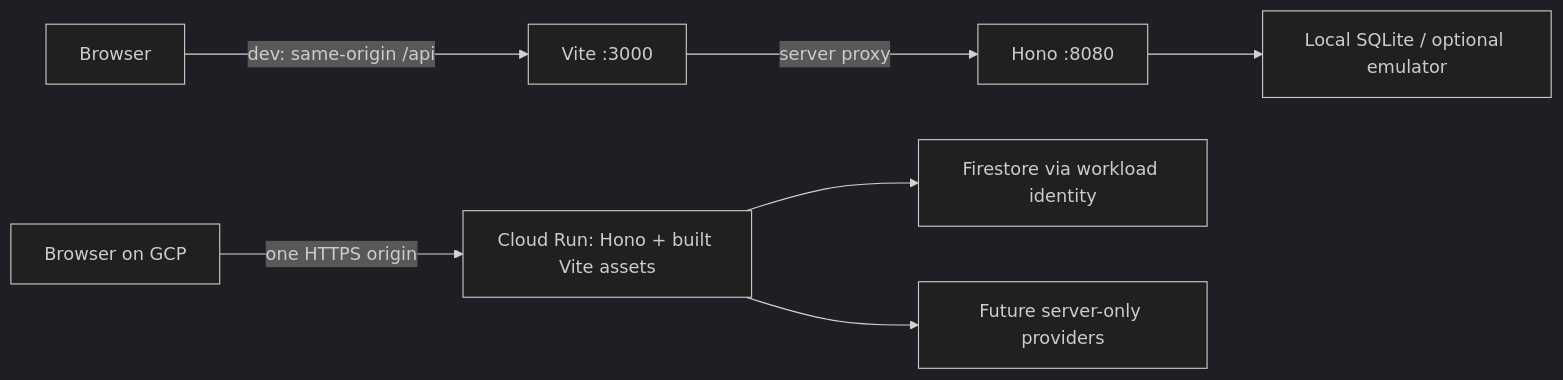
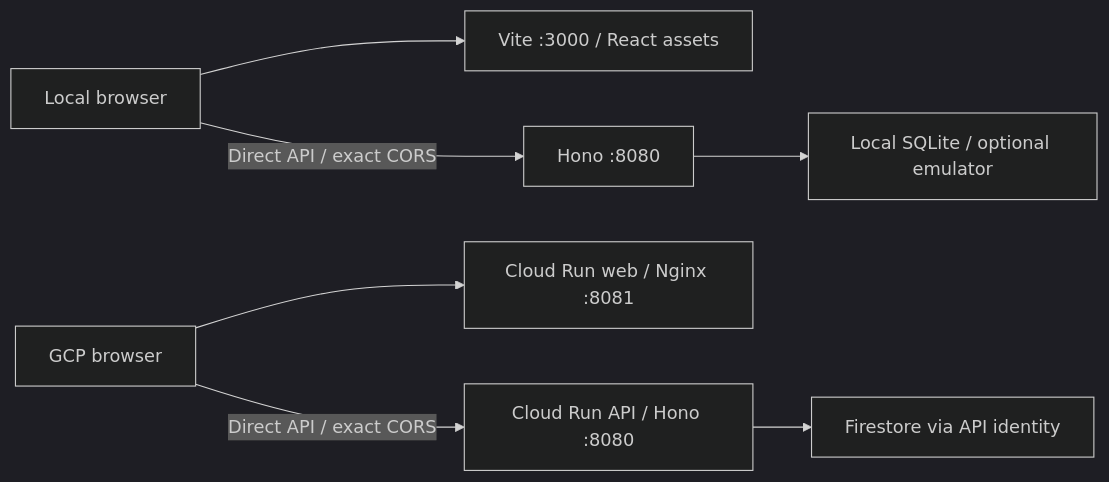
Before and after one commit to adwait-kalsekar/kavach: the first of 2 diagrams in docs/architecture/web-foundation.md, drawn with Mermaid (dark theme). The commit also changed other lines of this file and 47 other files, not shown here.

Commit message:
Separate React hosting and Hono into independent Cloud Run services

````diff
--- a/docs/architecture/web-foundation.md
+++ b/docs/architecture/web-foundation.md
@@ -7,9 +7,9 @@
 ```mermaid
 flowchart LR
-  B[Browser] -->|dev: same-origin /api| V[Vite :3000]
-  V -->|server proxy| H[Hono :8080]
-  B2[Browser on GCP] -->|one HTTPS origin| R[Cloud Run: Hono + built Vite assets]
-  R --> F[Firestore via workload identity]
-  R --> P[Future server-only providers]
+  B[Local browser] --> V[Vite :3000 / React assets]
+  B -->|Direct API / exact CORS| H[Hono :8080]
+  B2[GCP browser] --> W[Cloud Run web / Nginx :8081]
+  B2 -->|Direct API / exact CORS| A[Cloud Run API / Hono :8080]
+  A --> F[Firestore via API identity]
   H --> S[Local SQLite / optional emulator]
 ```
````
